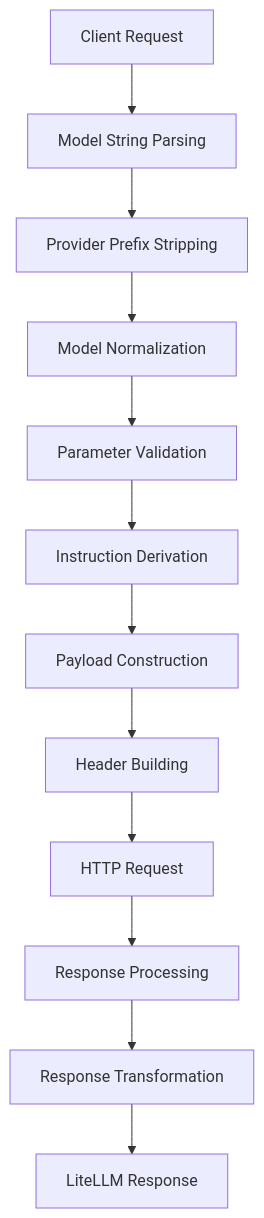
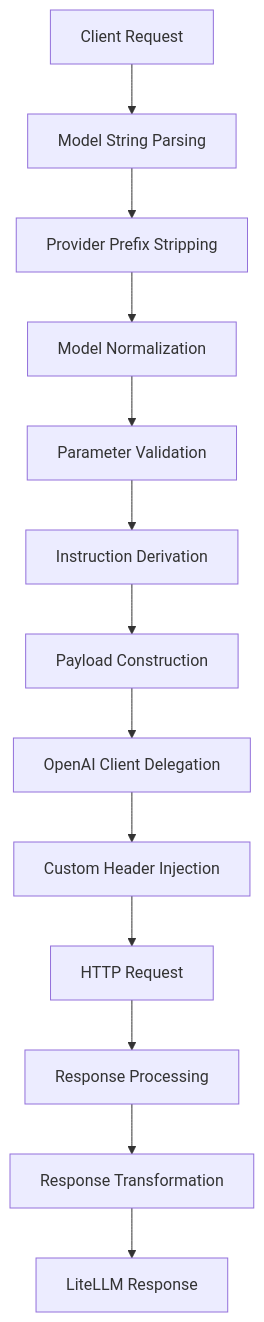
The eighth of 13 diagrams in docs/architecture.md (jslorrma/litellm-codex-oauth-provider), drawn with Mermaid before and after one commit. The commit also changed other lines of this file and 3 other files, not shown here.

First line of the commit message:
docs: update documentation for OpenAI client architecture

````diff
--- a/docs/architecture.md
+++ b/docs/architecture.md
@@ -176,14 +254,15 @@
 ```mermaid
 flowchart TD
     A[Client Request] --> B[Model String Parsing]
     B --> C[Provider Prefix Stripping]
     C --> D[Model Normalization]
     D --> E[Parameter Validation]
     E --> F[Instruction Derivation]
     F --> G[Payload Construction]
-    G --> H[Header Building]
-    H --> I[HTTP Request]
-    I --> J[Response Processing]
-    J --> K[Response Transformation]
-    K --> L[LiteLLM Response]
+    G --> H[OpenAI Client Delegation]
+    H --> I[Custom Header Injection]
+    I --> J[HTTP Request]
+    J --> K[Response Processing]
+    K --> L[Response Transformation]
+    L --> M[LiteLLM Response]
 ```
````
